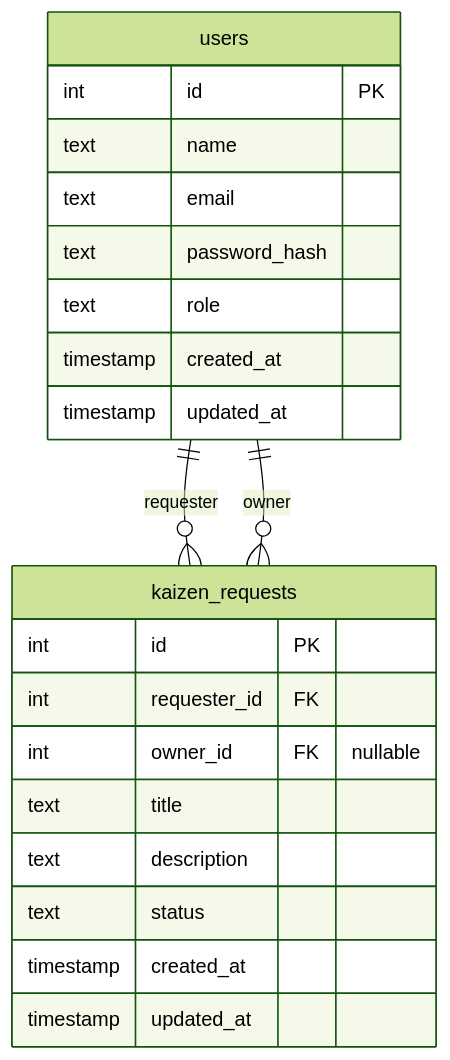
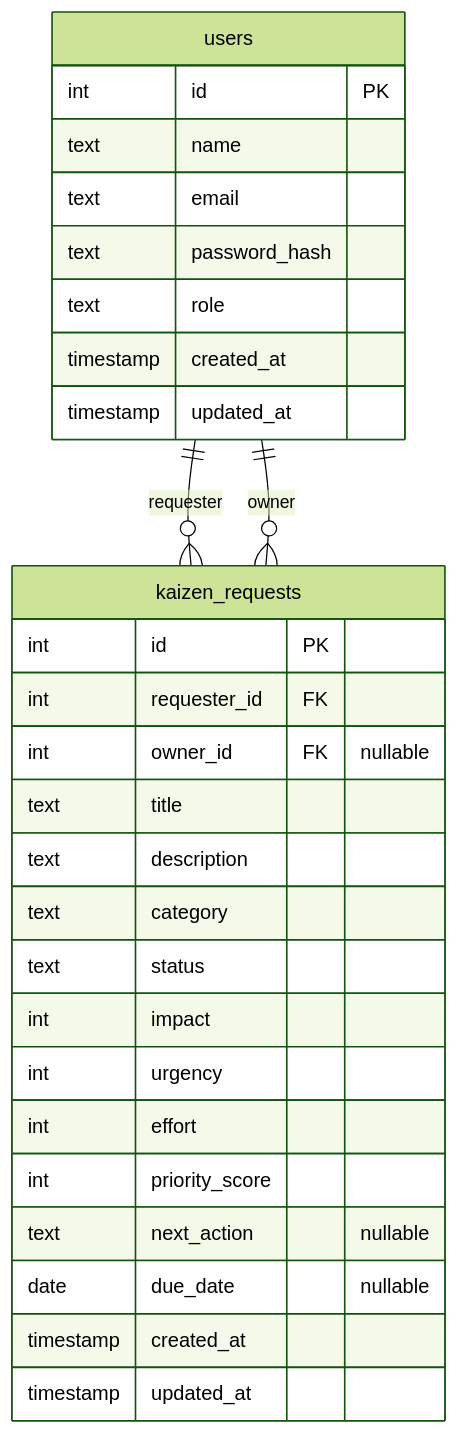
One commit to tyz8250/voice-to-kaizen changed the diagram in docs/database.md. Above: the diagram before and after it, drawn with Mermaid (forest theme). The commit also changed 6 other files, not shown here.

````diff
--- a/docs/database.md
+++ b/docs/database.md
@@ -3,26 +3,33 @@
 ```mermaid
 erDiagram
     users {
         int id PK
         text name
         text email
         text password_hash
         text role
         timestamp created_at
         timestamp updated_at
     }
 
     kaizen_requests {
         int id PK
         int requester_id FK
         int owner_id FK "nullable"
         text title
         text description
+        text category
         text status
+        int impact
+        int urgency
+        int effort
+        int priority_score
+        text next_action "nullable"
+        date due_date "nullable"
         timestamp created_at
         timestamp updated_at
     }
 
     users ||--o{ kaizen_requests : "requester"
     users ||--o{ kaizen_requests : "owner"
 ```
````
